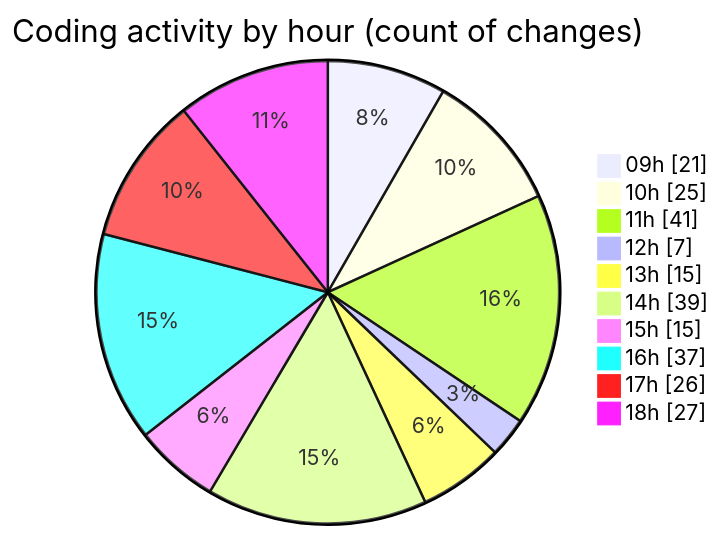
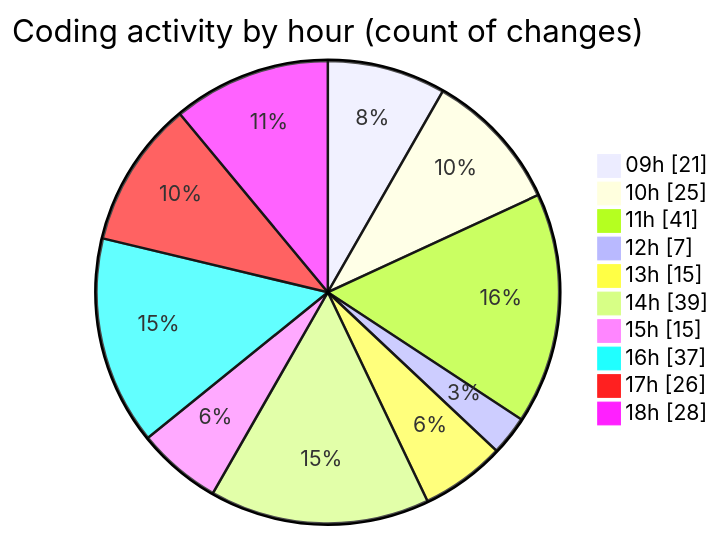
Before and after one commit to momahboobian/code-tracking: the second of 2 diagrams in 2025-12-01/cda/README.md, drawn with Mermaid. The commit also changed other lines of this file and 1 other file, not shown here.

````diff
--- a/2025-12-01/cda/README.md
+++ b/2025-12-01/cda/README.md
@@ -51,14 +51,14 @@
 ```mermaid
 pie showData
 title Coding activity by hour (count of changes)
 "09h" : 21
 "10h" : 25
 "11h" : 41
 "12h" : 7
 "13h" : 15
 "14h" : 39
 "15h" : 15
 "16h" : 37
 "17h" : 26
-"18h" : 27
+"18h" : 28
 ```
````
